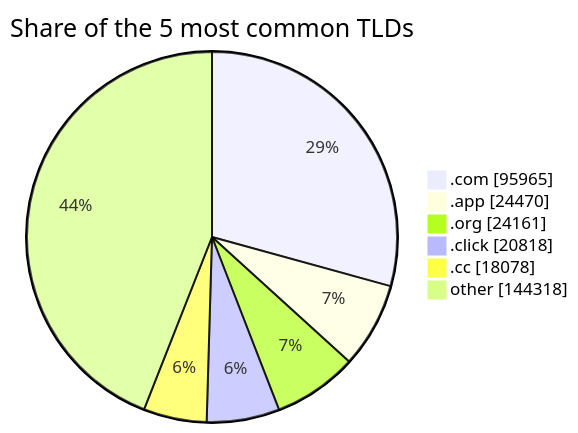
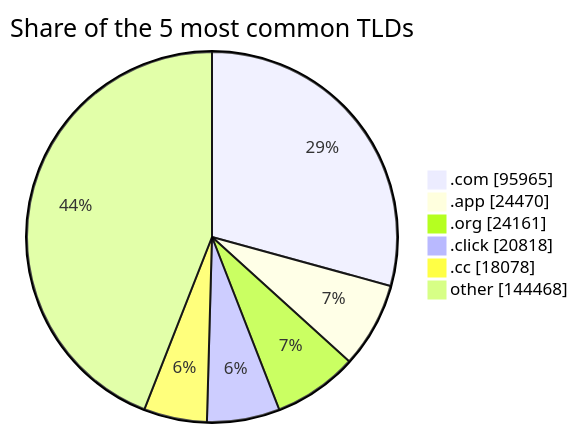
Before and after one commit to DNSBunker/CTI: the third of 3 diagrams in README.md, drawn with Mermaid. The commit also changed other lines of this file and 4 other files, not shown here.

````diff
--- a/README.md
+++ b/README.md
@@ -81,9 +81,9 @@
 ```mermaid
 pie showData title Share of the 5 most common TLDs
     ".com" : 95965
     ".app" : 24470
     ".org" : 24161
     ".click" : 20818
     ".cc" : 18078
-    "other" : 144318
+    "other" : 144468
 ```
````
